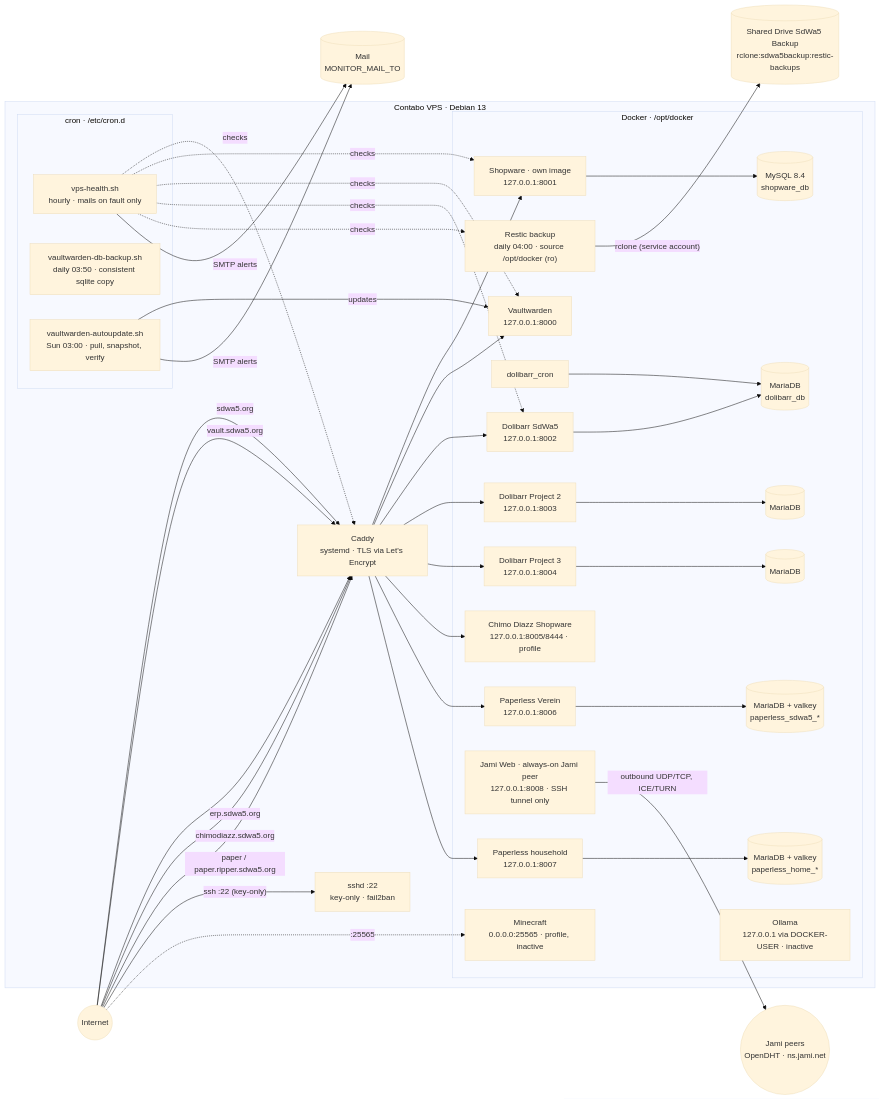
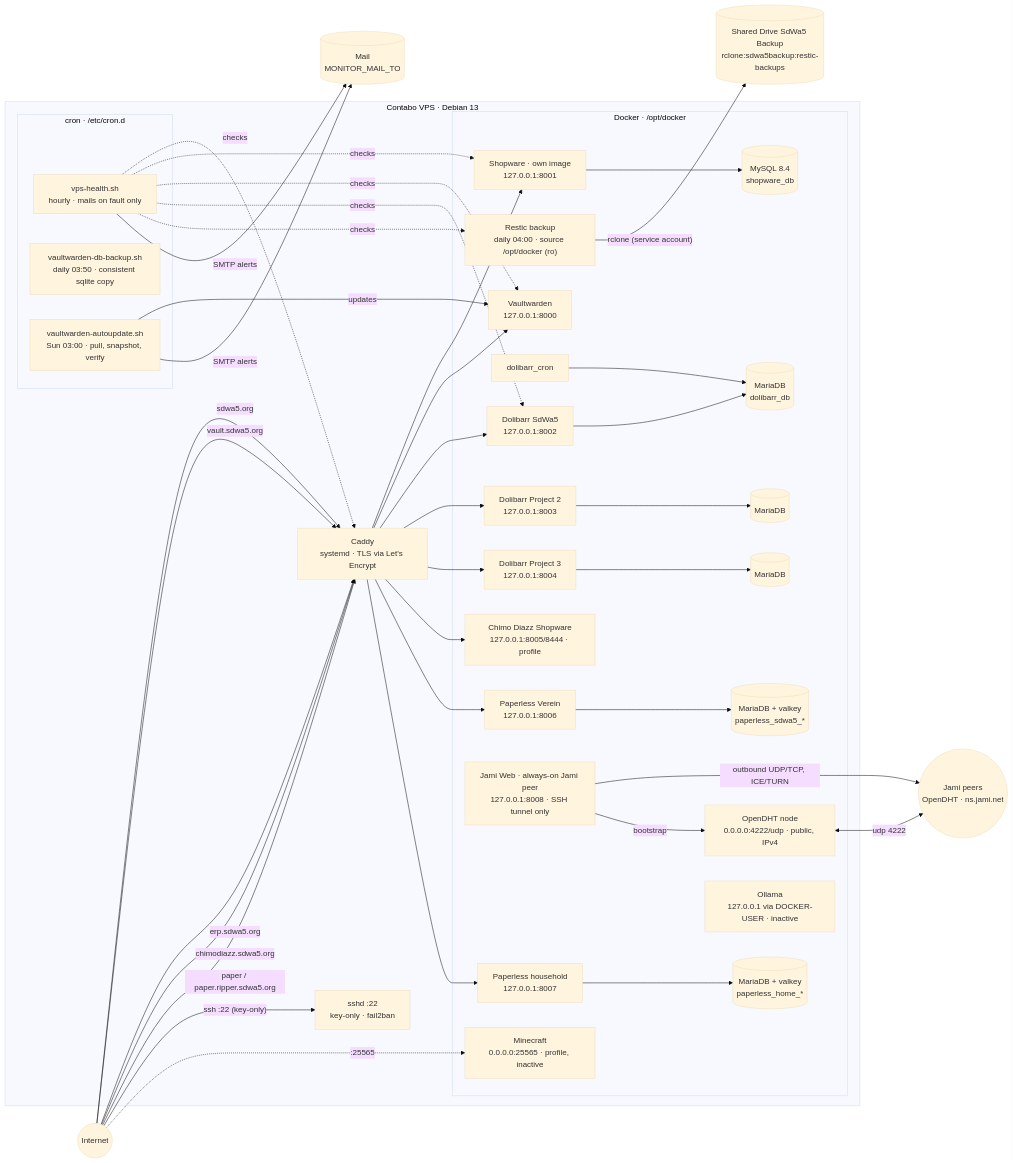
One commit to SdWa5/vps changed the diagram in docs/infrastructure.md. Above: the diagram before and after it, drawn with Mermaid (base theme). The commit also changed other lines of this file and 21 other files, not shown here.

````diff
--- a/docs/infrastructure.md
+++ b/docs/infrastructure.md
@@ -7,64 +7,67 @@
 ```mermaid
 flowchart LR
     U((Internet))
 
     subgraph vps ["Contabo VPS · Debian 13"]
         C["Caddy<br/>systemd · TLS via Let's Encrypt"]
 
         subgraph docker ["Docker · /opt/docker"]
             SW["Shopware · own image<br/>127.0.0.1:8001"]
             SWDB[("MySQL 8.4<br/>shopware_db")]
             VW["Vaultwarden<br/>127.0.0.1:8000"]
             DL["Dolibarr SdWa5<br/>127.0.0.1:8002"]
             DLC["dolibarr_cron"]
             DLDB[("MariaDB<br/>dolibarr_db")]
             P2["Dolibarr Project 2<br/>127.0.0.1:8003"]
             P2DB[("MariaDB")]
             P3["Dolibarr Project 3<br/>127.0.0.1:8004"]
             CDW["Chimo Diazz Shopware<br/>127.0.0.1:8005/8444 · profile"]
             P3DB[("MariaDB")]
             PL["Paperless Verein<br/>127.0.0.1:8006"]
             PLDB[("MariaDB + valkey<br/>paperless_sdwa5_*")]
             PH["Paperless household<br/>127.0.0.1:8007"]
             PHDB[("MariaDB + valkey<br/>paperless_home_*")]
             JW["Jami Web · always-on Jami peer<br/>127.0.0.1:8008 · SSH tunnel only"]
+            DN["OpenDHT node<br/>0.0.0.0:4222/udp · public, IPv4"]
             OL["Ollama<br/>127.0.0.1 via DOCKER-USER · inactive"]
             MC["Minecraft<br/>0.0.0.0:25565 · profile, inactive"]
             RS["Restic backup<br/>daily 04:00 · source /opt/docker (ro)"]
         end
 
         subgraph cron ["cron · /etc/cron.d"]
             HC["vps-health.sh<br/>hourly · mails on fault only"]
             DB["vaultwarden-db-backup.sh<br/>daily 03:50 · consistent sqlite copy"]
             AU["vaultwarden-autoupdate.sh<br/>Sun 03:00 · pull, snapshot, verify"]
         end
 
         SSHD["sshd :22<br/>key-only · fail2ban"]
     end
 
     DHT(("Jami peers<br/>OpenDHT · ns.jami.net"))
     GD[("Shared Drive SdWa5 Backup<br/>rclone:sdwa5backup:restic-backups")]
     U -- " sdwa5.org " --> C
     U -- " vault.sdwa5.org " --> C
     U -- " erp.sdwa5.org " --> C
     U -- " chimodiazz.sdwa5.org " --> C
     U -- " paper / paper.ripper.sdwa5.org " --> C
     U -- " ssh :22 (key-only) " --> SSHD
     U -. " :25565 " .-> MC
     C --> SW & VW & DL
     C --> P2 & P3
     C --> CDW
     C --> PL & PH
     SW --> SWDB
     PL --> PLDB
     PH --> PHDB
     DL --> DLDB
     DLC --> DLDB
     P2 --> P2DB
     P3 --> P3DB
     RS -- " rclone (service account) " --> GD
     JW -- " outbound UDP/TCP, ICE/TURN " --> DHT
+    JW -- " bootstrap " --> DN
+    DN <-- " udp 4222 " --> DHT
     HC -. " checks " .-> C & SW & VW & DL & RS
     AU -- " updates " --> VW
     HC & AU -- " SMTP alerts " --> MB[("Mail<br/>MONITOR_MAIL_TO")]
 ```
````
